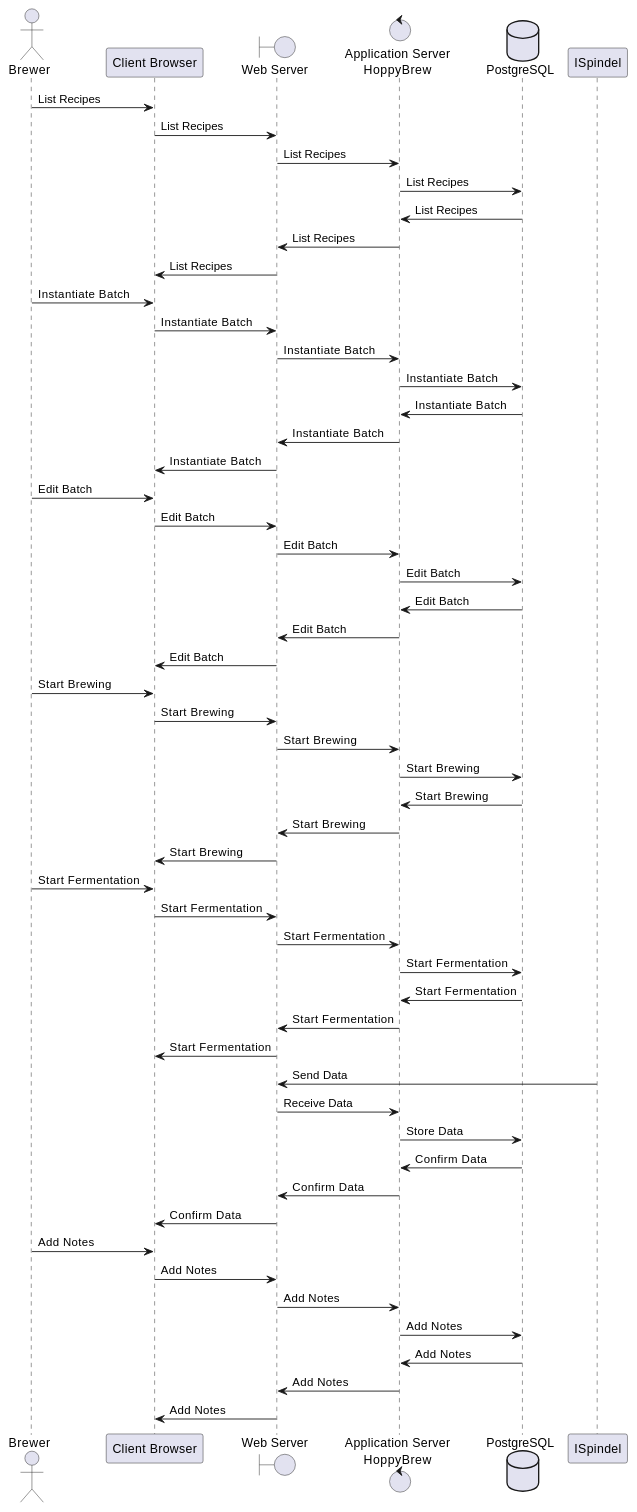
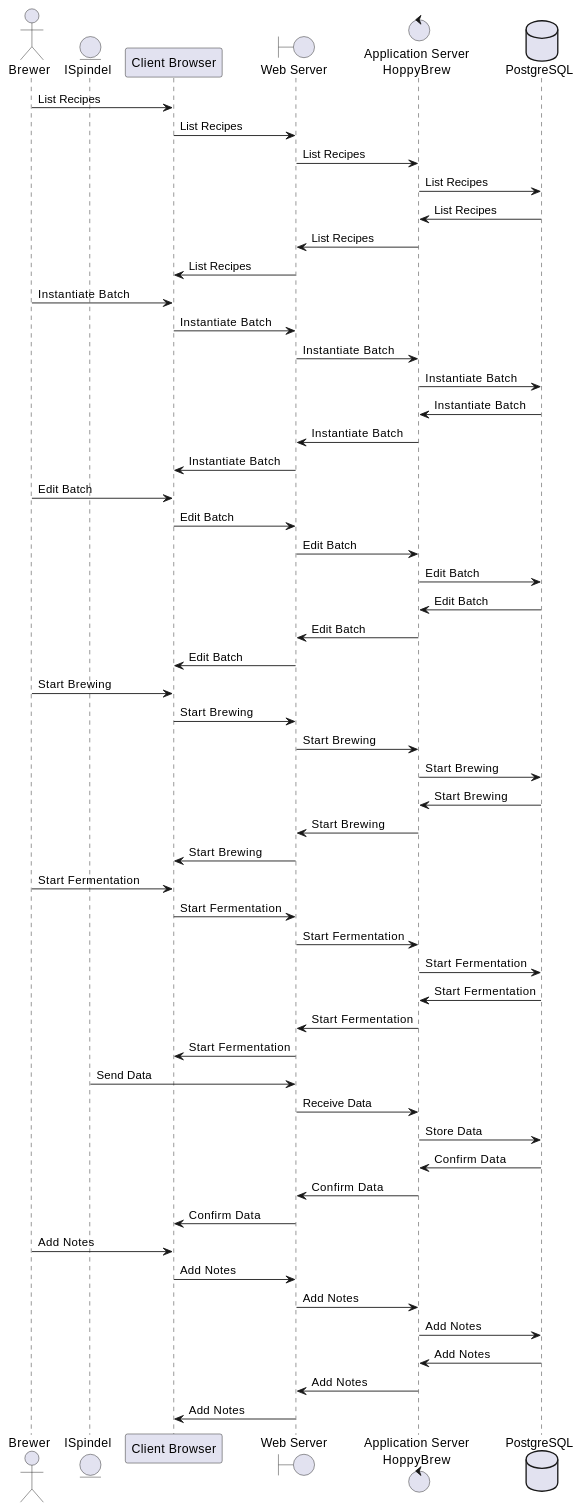
Before and after one commit to asbor/iu-project-software-engineering: the seventh of 7 diagrams in documents/01-Conception-Phase/00-HoppyBrew.md, drawn with PlantUML. The commit also changed 3 other files, not shown here.

```diff
--- a/documents/01-Conception-Phase/00-HoppyBrew.md
+++ b/documents/01-Conception-Phase/00-HoppyBrew.md
@@ -787,64 +787,65 @@
 @startuml 07-Runtime-View-CRUD-Batch
 
 actor Brewer as Brewer
+entity "ISpindel" as ISpindel
 participant "Client Browser" as ClientBrowser
 boundary WebServer as "Web Server"
 control AppServer as "Application Server\nHoppyBrew"
 database "PostgreSQL" as PostgreSQL
 
 Brewer -> ClientBrowser : List Recipes
 ClientBrowser -> WebServer : List Recipes
 WebServer -> AppServer : List Recipes
 AppServer -> PostgreSQL : List Recipes
 PostgreSQL -> AppServer : List Recipes
 AppServer -> WebServer : List Recipes
 WebServer -> ClientBrowser : List Recipes
 
 Brewer -> ClientBrowser : Instantiate Batch
 ClientBrowser -> WebServer : Instantiate Batch
 WebServer -> AppServer : Instantiate Batch
 AppServer -> PostgreSQL : Instantiate Batch
 PostgreSQL -> AppServer : Instantiate Batch
 AppServer -> WebServer : Instantiate Batch
 WebServer -> ClientBrowser : Instantiate Batch
 
 Brewer -> ClientBrowser : Edit Batch
 ClientBrowser -> WebServer : Edit Batch
 WebServer -> AppServer : Edit Batch
 AppServer -> PostgreSQL : Edit Batch
 PostgreSQL -> AppServer : Edit Batch
 AppServer -> WebServer : Edit Batch
 WebServer -> ClientBrowser : Edit Batch
 
 Brewer -> ClientBrowser : Start Brewing
 ClientBrowser -> WebServer : Start Brewing
 WebServer -> AppServer : Start Brewing
 AppServer -> PostgreSQL : Start Brewing
 PostgreSQL -> AppServer : Start Brewing
 AppServer -> WebServer : Start Brewing
 WebServer -> ClientBrowser : Start Brewing
 
 Brewer -> ClientBrowser : Start Fermentation
 ClientBrowser -> WebServer : Start Fermentation
 WebServer -> AppServer : Start Fermentation
 AppServer -> PostgreSQL : Start Fermentation
 PostgreSQL -> AppServer : Start Fermentation
 AppServer -> WebServer : Start Fermentation
 WebServer -> ClientBrowser : Start Fermentation
 ISpindel -> WebServer : Send Data
 WebServer -> AppServer : Receive Data
 AppServer -> PostgreSQL : Store Data
 PostgreSQL -> AppServer : Confirm Data
 AppServer -> WebServer : Confirm Data
 WebServer -> ClientBrowser : Confirm Data
 
 Brewer -> ClientBrowser : Add Notes
 ClientBrowser -> WebServer : Add Notes
 WebServer -> AppServer : Add Notes
 AppServer -> PostgreSQL : Add Notes
 PostgreSQL -> AppServer : Add Notes
 AppServer -> WebServer : Add Notes
 WebServer -> ClientBrowser : Add Notes
 
 
 @enduml
```
